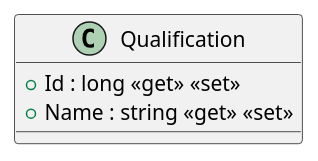
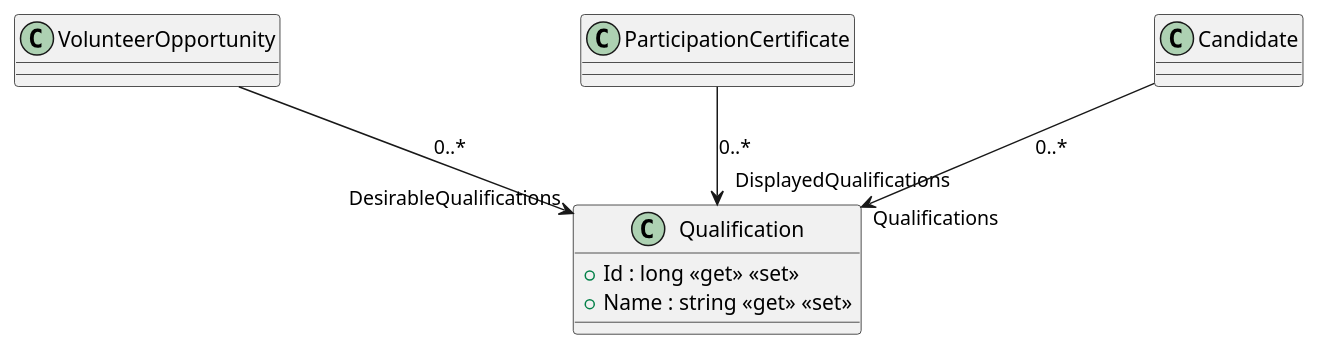
The diagram in WeCare.Domain/puml/Models/Qualification.puml (raulalvesre/WeCare), drawn with PlantUML before and after one commit. The commit also changed 4 other files, not shown here.

```diff
--- a/WeCare.Domain/puml/Models/Qualification.puml
+++ b/WeCare.Domain/puml/Models/Qualification.puml
@@ -1,6 +1,10 @@
 @startuml
 class Qualification {
     + Id : long <<get>> <<set>>
     + Name : string <<get>> <<set>>
 }
+VolunteerOpportunity --> "DesirableQualifications" Qualification : 0..*
+ParticipationCertificate --> "DisplayedQualifications" Qualification : 0..*
+skinparam nodesep 200
+Candidate --> "Qualifications" Qualification :  "0..*" 
 @enduml
```
